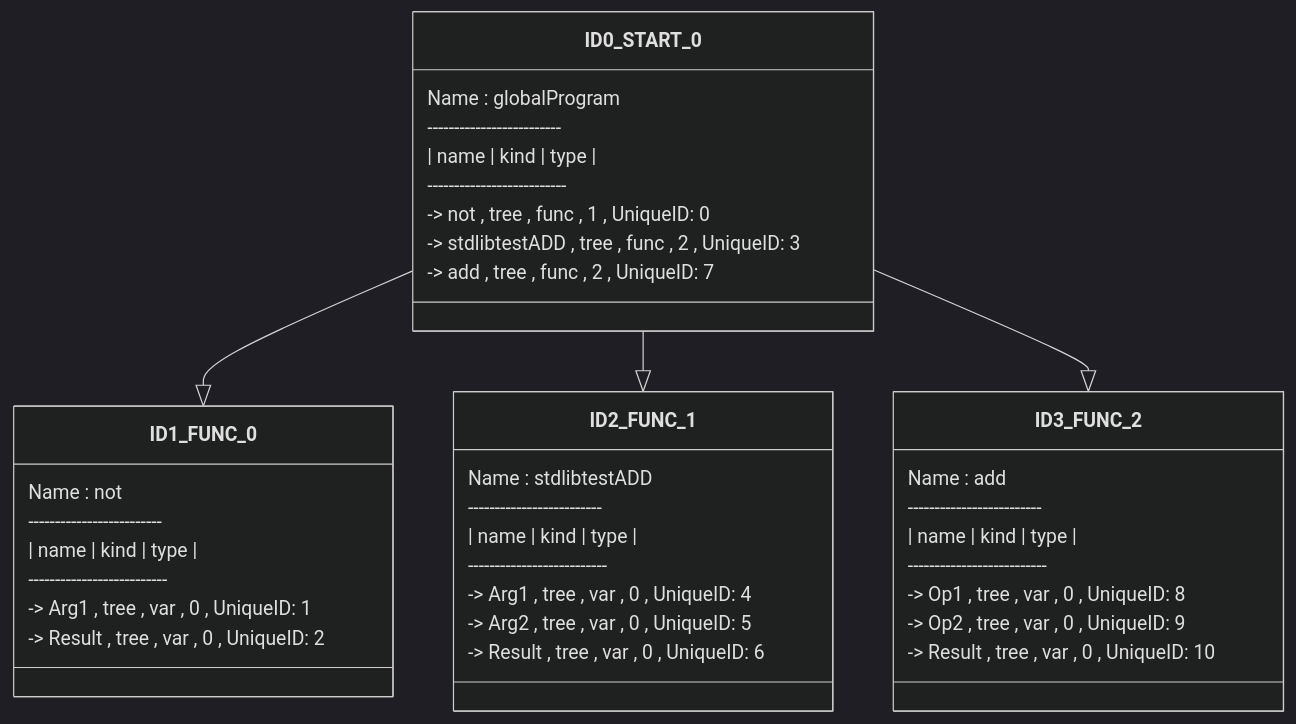
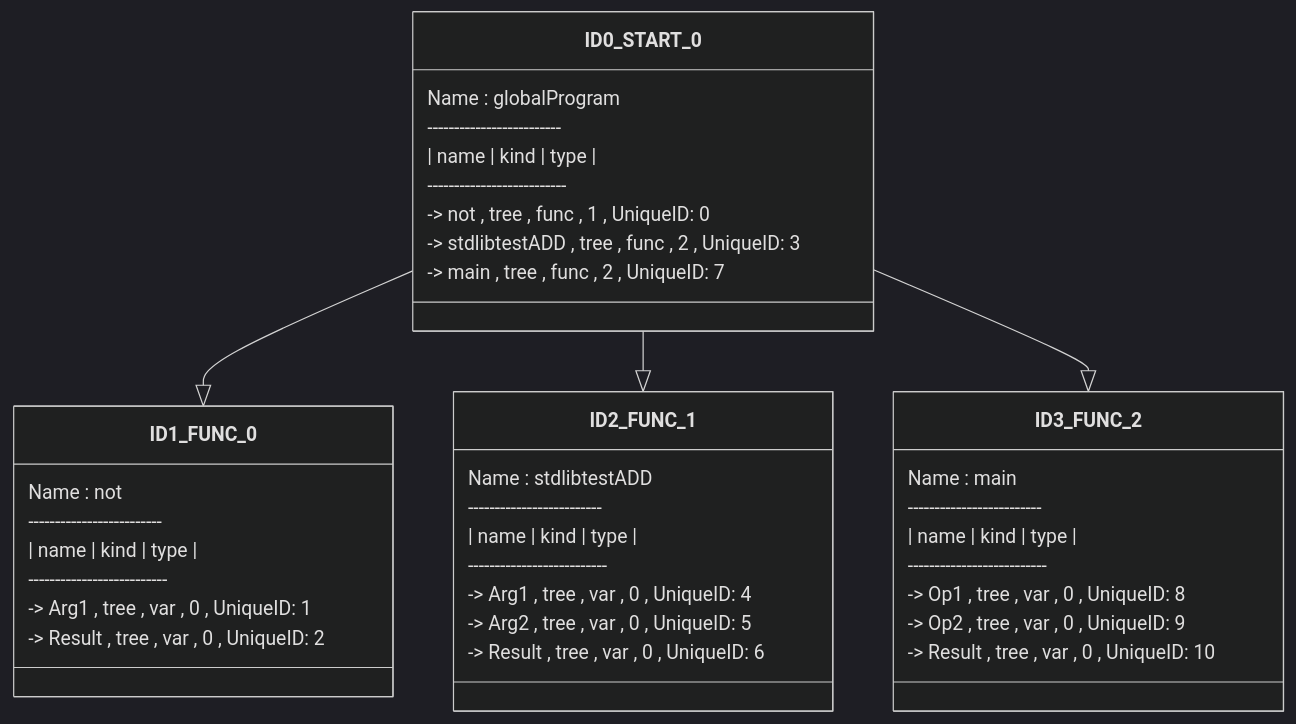
Before and after one commit to lumi-git/TLC_Project_While: the diagram in src/main/java/TLC/CompilerWhile/GeneratedDiagrams/SymbolTable.md, drawn with Mermaid (dark theme). The commit also changed 4 other files, not shown here.

````diff
--- a/src/main/java/TLC/CompilerWhile/GeneratedDiagrams/SymbolTable.md
+++ b/src/main/java/TLC/CompilerWhile/GeneratedDiagrams/SymbolTable.md
@@ -1,59 +1,59 @@
 ```mermaid
 classDiagram 
 class ID0_START_0{
    Name : globalProgram
    -------------------------
    | name | kind | type |
    --------------------------
    ->   not , tree , func , 1 , UniqueID: 0
 
    ->   stdlibtestADD , tree , func , 2 , UniqueID: 3
 
-   ->   add , tree , func , 2 , UniqueID: 7
+   ->   main , tree , func , 2 , UniqueID: 7
 
 }
 
 class ID1_FUNC_0{
    Name : not
    -------------------------
    | name | kind | type |
    --------------------------
    ->   Arg1 , tree , var , 0 , UniqueID: 1
 
    ->   Result , tree , var , 0 , UniqueID: 2
 
 }
 
 class ID2_FUNC_1{
    Name : stdlibtestADD
    -------------------------
    | name | kind | type |
    --------------------------
    ->   Arg1 , tree , var , 0 , UniqueID: 4
 
    ->   Arg2 , tree , var , 0 , UniqueID: 5
 
    ->   Result , tree , var , 0 , UniqueID: 6
 
 }
 
 class ID3_FUNC_2{
-   Name : add
+   Name : main
    -------------------------
    | name | kind | type |
    --------------------------
    ->   Op1 , tree , var , 0 , UniqueID: 8
 
    ->   Op2 , tree , var , 0 , UniqueID: 9
 
    ->   Result , tree , var , 0 , UniqueID: 10
 
 }
 
 ID0_START_0 --|> ID1_FUNC_0
 
 ID0_START_0 --|> ID2_FUNC_1
 
 ID0_START_0 --|> ID3_FUNC_2
 
 ```
````
